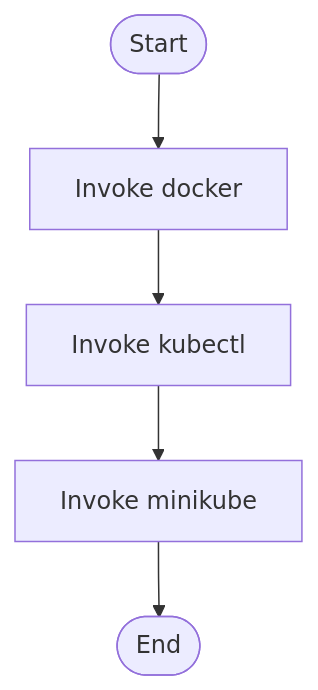
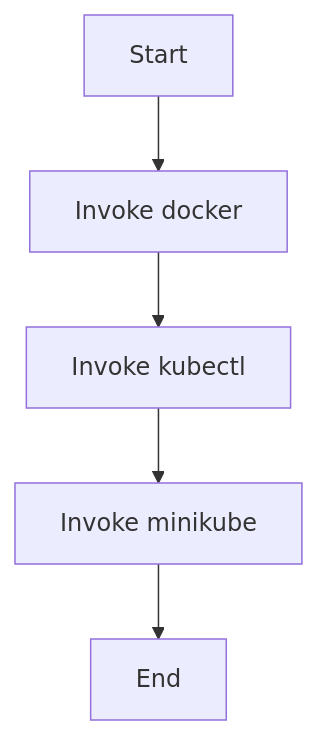
One commit to JohnAndrewBalbarosa/NeoTerritory changed the diagram in docs/Codebase/setup.sh.md. Above: the diagram before and after it, drawn with Mermaid. The commit also changed other lines of this file and 752 other files, not shown here.

````diff
--- a/docs/Codebase/setup.sh.md
+++ b/docs/Codebase/setup.sh.md
@@ -31,12 +22,12 @@
 ```mermaid
 flowchart TD
-    Start([Start])
-    N0[Invoke docker]
-    N1[Invoke kubectl]
-    N2[Invoke minikube]
-    End([End])
+    Start["Start"]
+    N0["Invoke docker"]
+    N1["Invoke kubectl"]
+    N2["Invoke minikube"]
+    End["End"]
     Start --> N0
     N0 --> N1
     N1 --> N2
     N2 --> End
 ```
````
